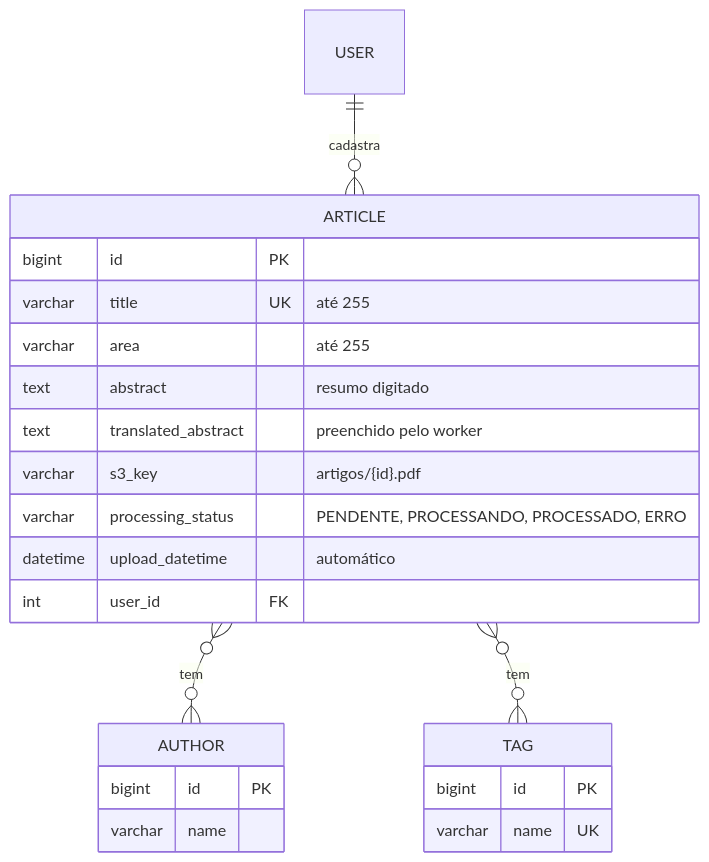
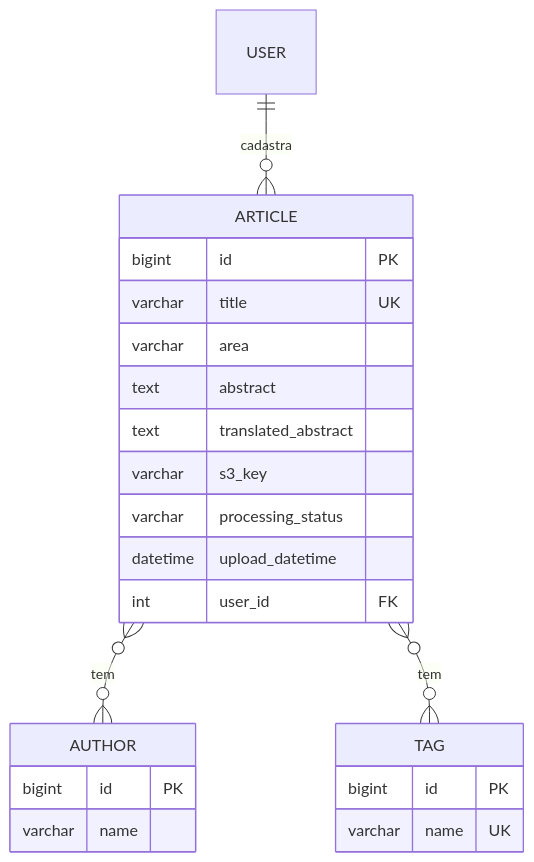
Before and after one commit to EstherMart/article-cloud-development: the second of 2 diagrams in README.md, drawn with Mermaid. The commit also changed other lines of this file and 54 other files, not shown here.

````diff
--- a/README.md
+++ b/README.md
@@ -148,26 +47,26 @@
 ```mermaid
 erDiagram
-    USER ||--o{ ARTICLE : "cadastra"
-    ARTICLE }o--o{ AUTHOR : "tem"
-    ARTICLE }o--o{ TAG : "tem"
+    USER ||--o{ ARTICLE : cadastra
+    ARTICLE }o--o{ AUTHOR : tem
+    ARTICLE }o--o{ TAG : tem
 
     ARTICLE {
         bigint id PK
-        varchar title UK "até 255"
-        varchar area "até 255"
-        text abstract "resumo digitado"
-        text translated_abstract "preenchido pelo worker"
-        varchar s3_key "artigos/{id}.pdf"
-        varchar processing_status "PENDENTE, PROCESSANDO, PROCESSADO, ERRO"
-        datetime upload_datetime "automático"
+        varchar title UK
+        varchar area
+        text abstract
+        text translated_abstract
+        varchar s3_key
+        varchar processing_status
+        datetime upload_datetime
         int user_id FK
     }
     AUTHOR {
         bigint id PK
         varchar name
     }
     TAG {
         bigint id PK
         varchar name UK
     }
 ```
````
